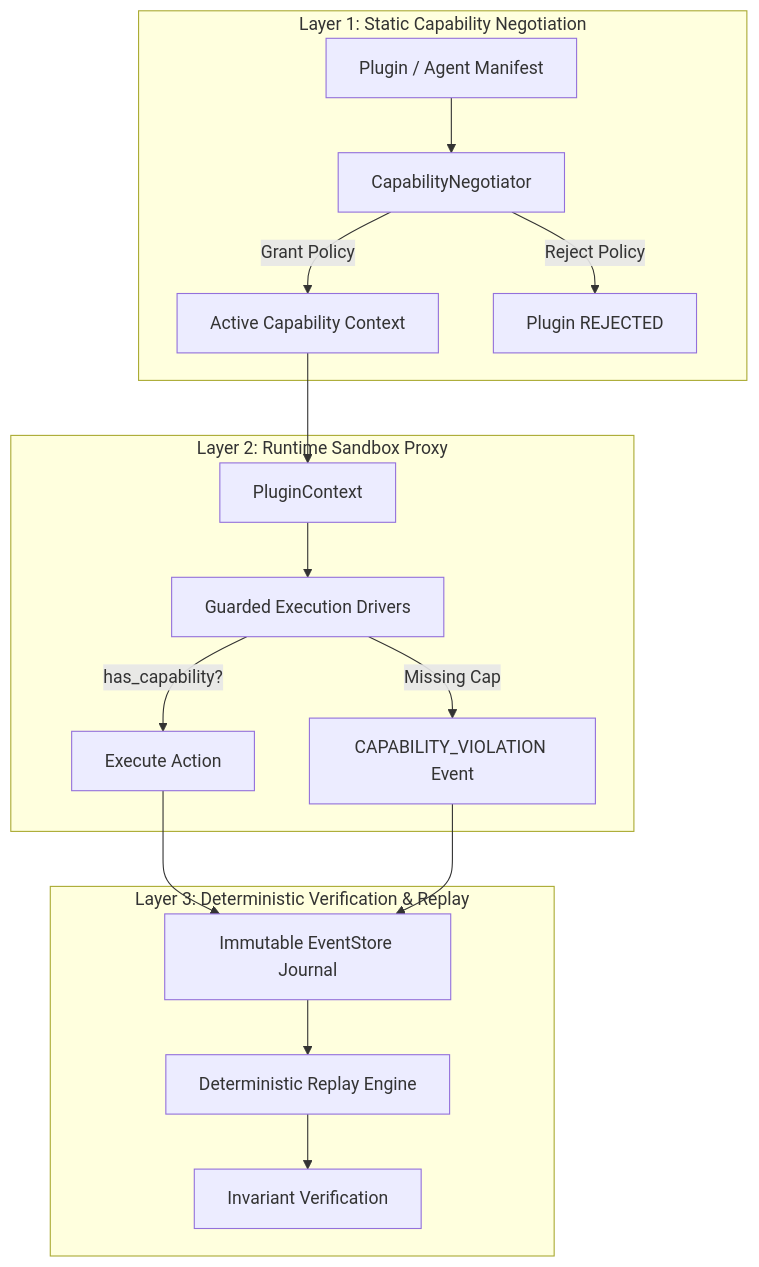
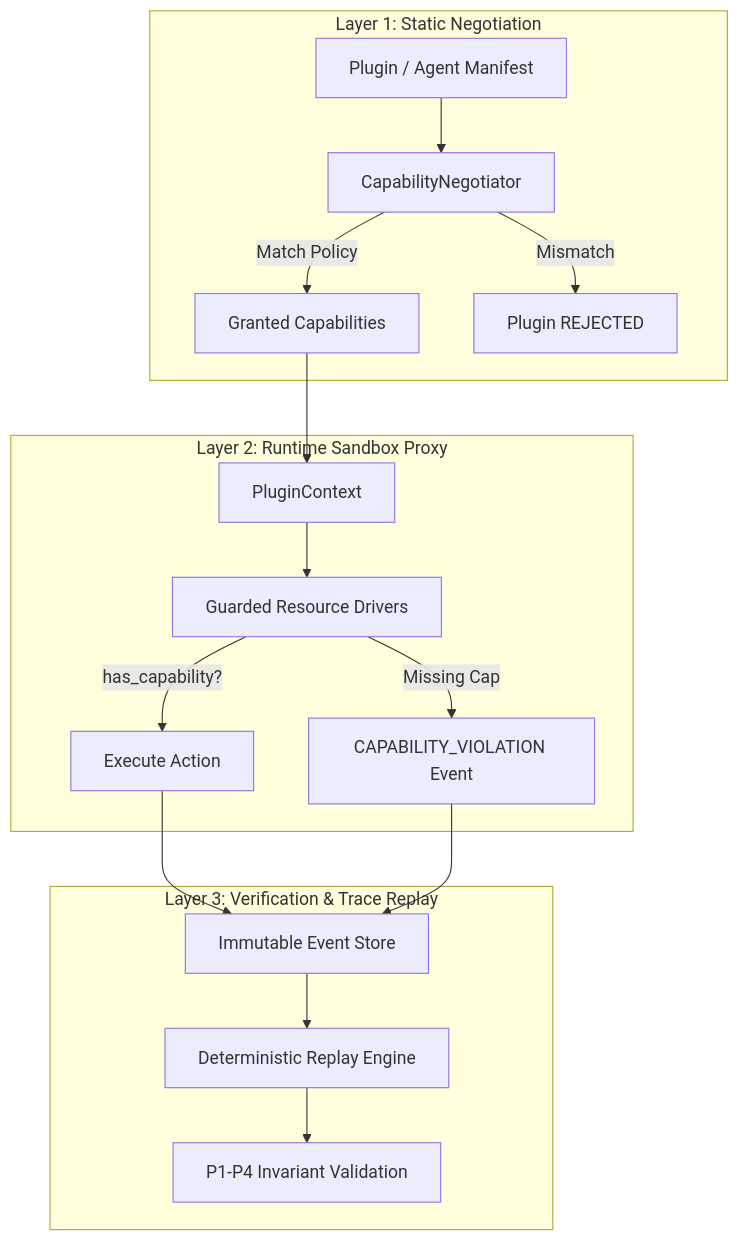
Before and after one commit to Iradukunda-Fils/Cortex: the first of 2 diagrams in docs/architecture/overview.md, drawn with Mermaid. The commit also changed other lines of this file and 102 other files, not shown here.

````diff
--- a/docs/architecture/overview.md
+++ b/docs/architecture/overview.md
@@ -25,22 +18,22 @@
 ```mermaid
 graph TD
-    subgraph Layer 1: Static Capability Negotiation
+    subgraph Layer 1: Static Negotiation
         M[Plugin / Agent Manifest] --> N[CapabilityNegotiator]
-        N -->|Grant Policy| G[Active Capability Context]
-        N -->|Reject Policy| R[Plugin REJECTED]
+        N -->|Match Policy| G[Granted Capabilities]
+        N -->|Mismatch| R[Plugin REJECTED]
     end
 
     subgraph Layer 2: Runtime Sandbox Proxy
         G --> C[PluginContext]
-        C --> D[Guarded Execution Drivers]
+        C --> D[Guarded Resource Drivers]
         D -->|has_capability?| E[Execute Action]
         D -->|Missing Cap| V[CAPABILITY_VIOLATION Event]
     end
 
-    subgraph Layer 3: Deterministic Verification & Replay
-        E --> S[Immutable EventStore Journal]
+    subgraph Layer 3: Verification & Trace Replay
+        E --> S[Immutable Event Store]
         V --> S
         S --> RE[Deterministic Replay Engine]
-        RE --> INV[Invariant Verification]
+        RE --> INV[P1-P4 Invariant Validation]
     end
 ```
````
